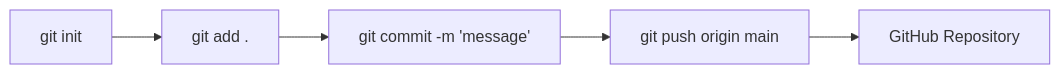
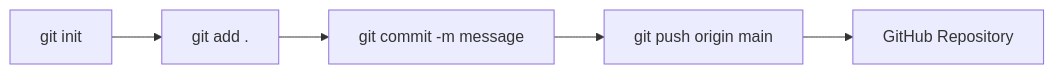
One commit to bjw202/coding-basic changed the third of 3 diagrams in content/week1/session1.mdx. Above: the diagram before and after it, drawn with Mermaid. The commit also changed 4 other files, not shown here.

First line of the commit message:
fix(mermaid): remove apostrophes causing parser errors across 5 sessions

````diff
--- a/content/week1/session1.mdx
+++ b/content/week1/session1.mdx
@@ -347,7 +347,7 @@
 ```mermaid
 flowchart LR
     init["git init"] --> add["git add ."]
-    add --> commit["git commit -m 'message'"]
+    add --> commit["git commit -m message"]
     commit --> push["git push origin main"]
     push --> GitHub["GitHub Repository"]
 ```
````
